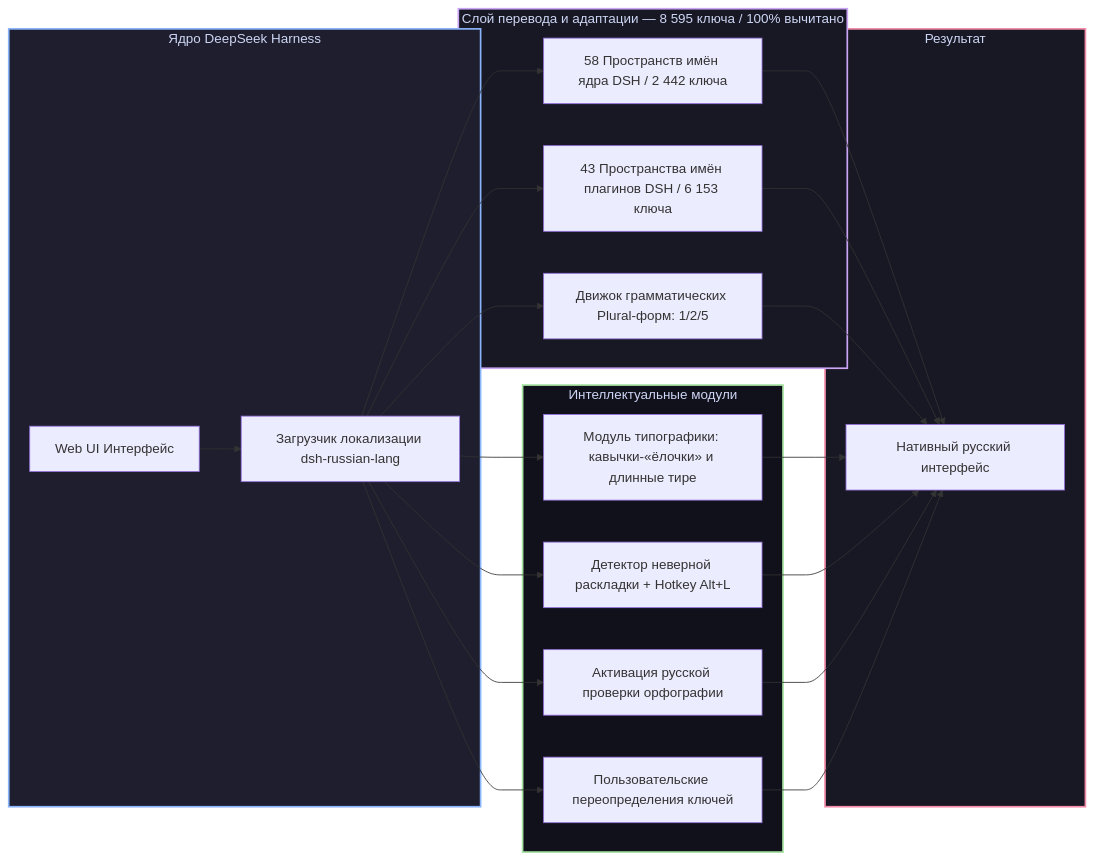
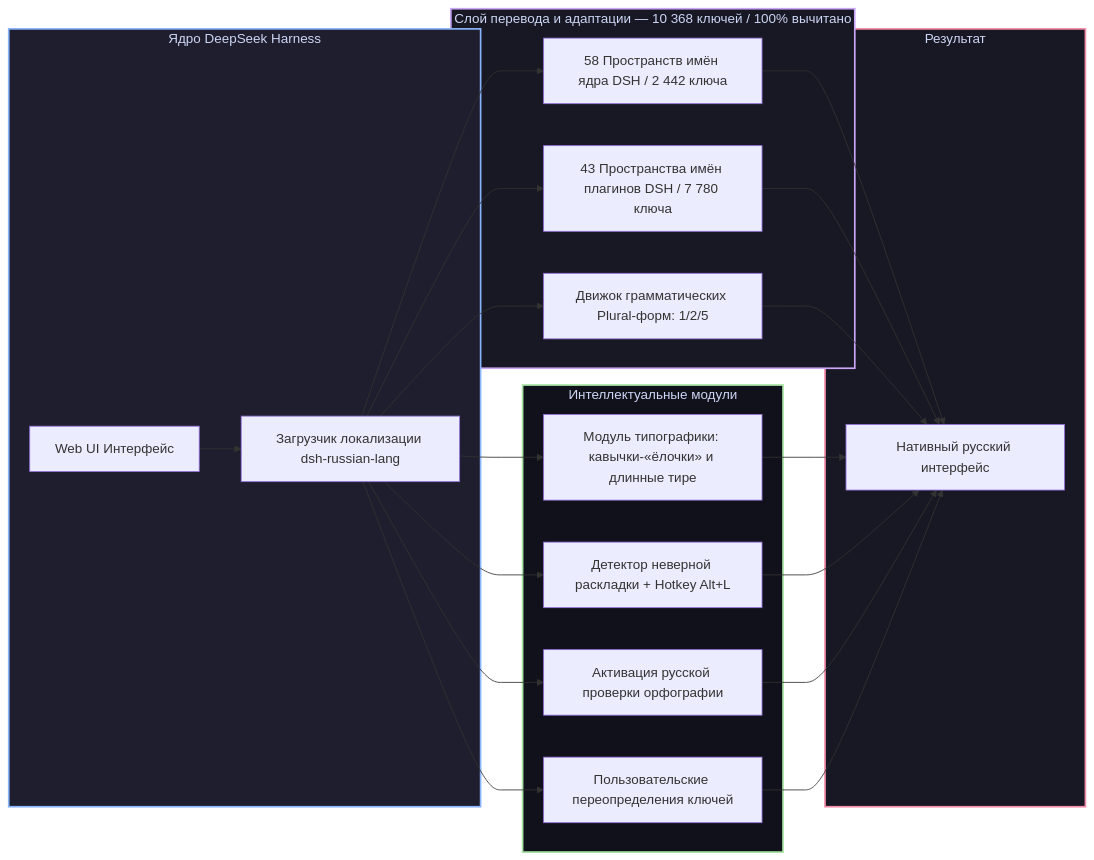
One commit to GooDAnDReaDY/dsh-russian-lang changed the diagram in README.md. Above: the diagram before and after it, drawn with Mermaid. The commit also changed other lines of this file and 45 other files, not shown here.

````diff
--- a/README.md
+++ b/README.md
@@ -49,34 +49,34 @@
 ```mermaid
 graph LR
     subgraph DSHCore [Ядро DeepSeek Harness]
         DSH[Web UI Интерфейс] --> Loader[Загрузчик локализации dsh-russian-lang]
     end
 
-    subgraph TranslationLayer [Слой перевода и адаптации — 8 595 ключа / 100% вычитано]
+    subgraph TranslationLayer [Слой перевода и адаптации — 10 368 ключей / 100% вычитано]
         Loader --> CoreDict[58 Пространств имён ядра DSH / 2 442 ключа]
-        Loader --> PluginDict[43 Пространства имён плагинов DSH / 6 153 ключа]
+        Loader --> PluginDict[43 Пространства имён плагинов DSH / 7 780 ключа]
         Loader --> PluralEngine[Движок грамматических Plural-форм: 1/2/5]
     end
 
     subgraph SmartFeatures [Интеллектуальные модули]
         Loader --> Typo[Модуль типографики: кавычки-«ёлочки» и длинные тире]
         Loader --> LayoutFix[Детектор неверной раскладки + Hotkey Alt+L]
         Loader --> Spell[Активация русской проверки орфографии]
         Loader --> Overrides[Пользовательские переопределения ключей]
     end
 
     subgraph Result [Результат]
         CoreDict --> NativeUI[Нативный русский интерфейс]
         PluginDict --> NativeUI
         PluralEngine --> NativeUI
         Typo --> NativeUI
         LayoutFix --> NativeUI
         Spell --> NativeUI
         Overrides --> NativeUI
     end
 
     style DSHCore fill:#1e1e2e,stroke:#89b4fa,stroke-width:2px,color:#cdd6f4
     style TranslationLayer fill:#181825,stroke:#cba6f7,stroke-width:2px,color:#cdd6f4
     style SmartFeatures fill:#11111b,stroke:#a6e3a1,stroke-width:2px,color:#cdd6f4
     style Result fill:#181825,stroke:#f38ba8,stroke-width:2px,color:#cdd6f4
 ```
````
